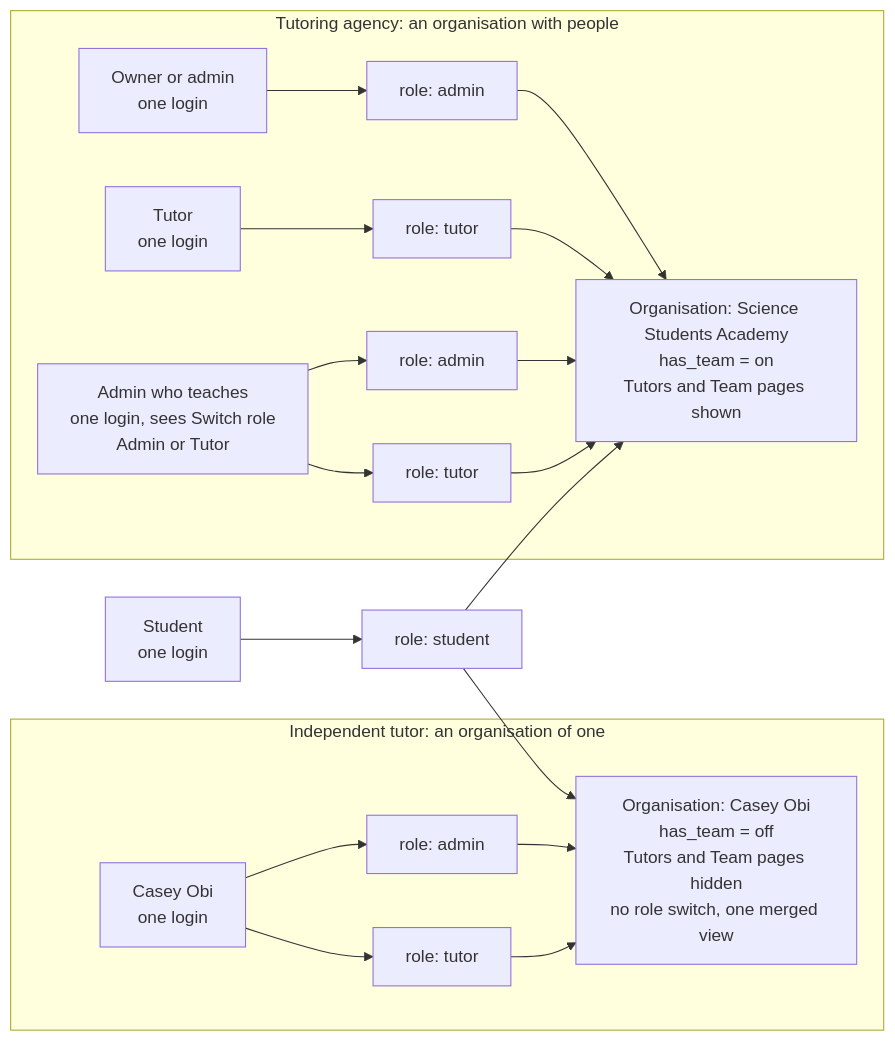
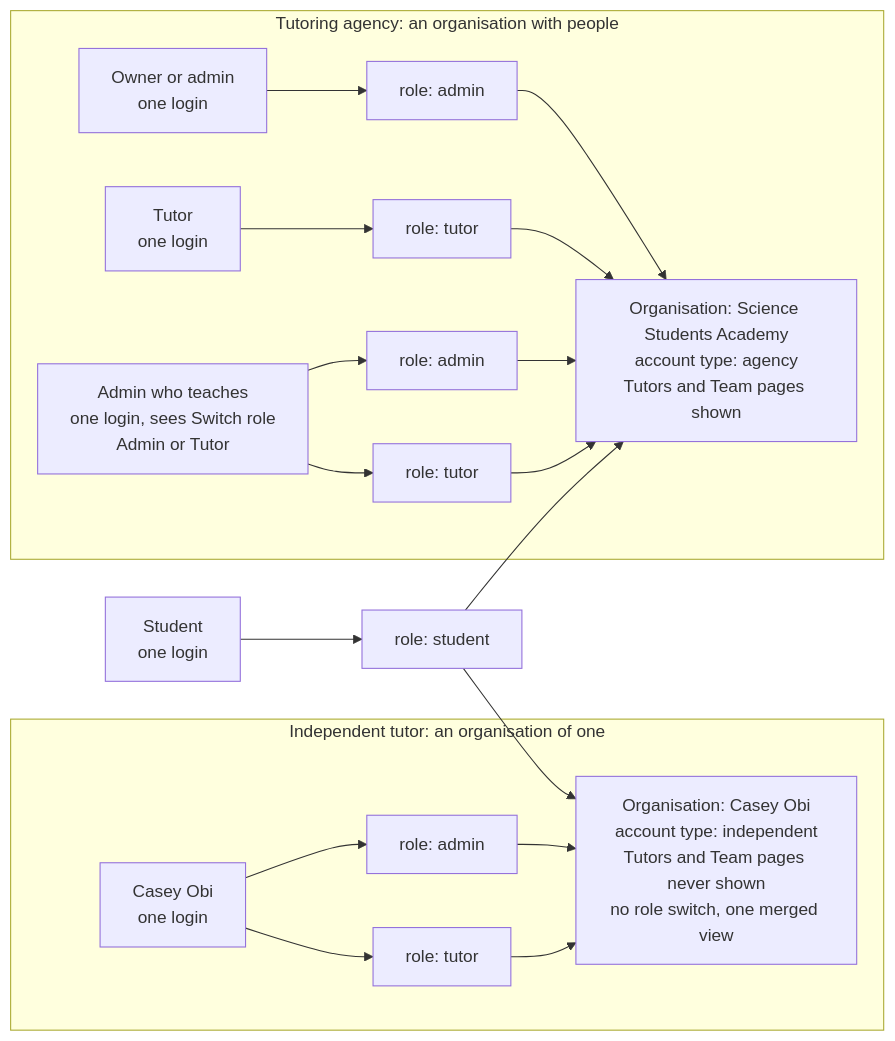
One commit to KingUsang/Kanvise changed the diagram in docs/design/user-flows/diagrams/src/16-account-model.mmd. Above: the diagram before and after it, drawn with Mermaid. The commit also changed 17 other files, not shown here.

Commit message:
docs(design): no solo-to-team upgrade path (account type fixed at sign-up), remove diagram 19 and Add a colleague

```diff
--- a/docs/design/user-flows/diagrams/src/16-account-model.mmd
+++ b/docs/design/user-flows/diagrams/src/16-account-model.mmd
@@ -1,20 +1,20 @@
 flowchart LR
   subgraph IND["Independent tutor: an organisation of one"]
     I1["Casey Obi<br/>one login"] --> IM1["role: admin"]
     I1 --> IM2["role: tutor"]
-    IM1 --> IO["Organisation: Casey Obi<br/>has_team = off<br/>Tutors and Team pages hidden<br/>no role switch, one merged view"]
+    IM1 --> IO["Organisation: Casey Obi<br/>account type: independent<br/>Tutors and Team pages never shown<br/>no role switch, one merged view"]
     IM2 --> IO
   end
   subgraph AG["Tutoring agency: an organisation with people"]
     A1["Owner or admin<br/>one login"] --> AM1["role: admin"]
     A2["Tutor<br/>one login"] --> AM2["role: tutor"]
     A3["Admin who teaches<br/>one login, sees Switch role<br/>Admin or Tutor"] --> AM3["role: admin"]
     A3 --> AM4["role: tutor"]
-    AM1 --> AO["Organisation: Science Students Academy<br/>has_team = on<br/>Tutors and Team pages shown"]
+    AM1 --> AO["Organisation: Science Students Academy<br/>account type: agency<br/>Tutors and Team pages shown"]
     AM2 --> AO
     AM3 --> AO
     AM4 --> AO
   end
   S["Student<br/>one login"] --> SM["role: student"]
   SM --> IO
   SM --> AO
```
